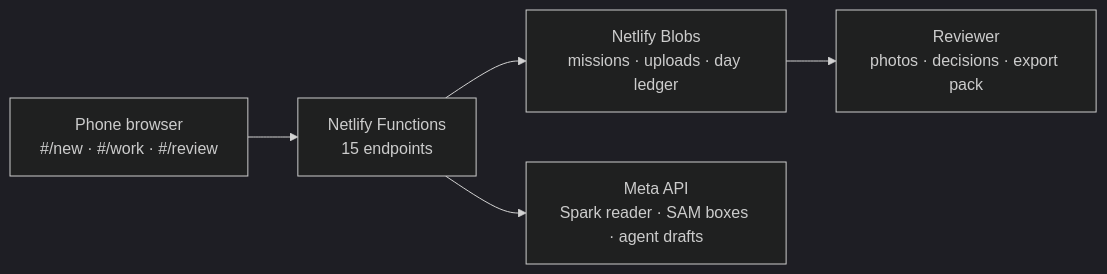
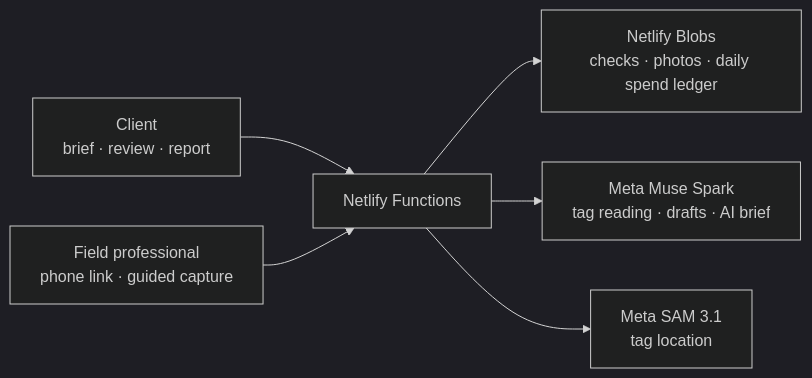
Before and after one commit to TengKianBoon/fieldproof: the diagram in README.md, drawn with Mermaid (dark theme). The commit also changed other lines of this file and 11 other files, not shown here.

````diff
--- a/README.md
+++ b/README.md
@@ -18,7 +70,8 @@
 ```mermaid
 flowchart LR
-    phone["Phone browser<br/>#/new · #/work · #/review"] --> api["Netlify Functions<br/>15 endpoints"]
-    api --> blobs["Netlify Blobs<br/>missions · uploads · day ledger"]
-    api --> meta["Meta API<br/>Spark reader · SAM boxes · agent drafts"]
-    blobs --> reviewer["Reviewer<br/>photos · decisions · export pack"]
+    client["Client<br/>brief · review · report"] --> api["Netlify Functions"]
+    field["Field professional<br/>phone link · guided capture"] --> api
+    api --> blobs["Netlify Blobs<br/>checks · photos · daily spend ledger"]
+    api --> spark["Meta Muse Spark<br/>tag reading · drafts · AI brief"]
+    api --> sam["Meta SAM 3.1<br/>tag location"]
 ```
````
